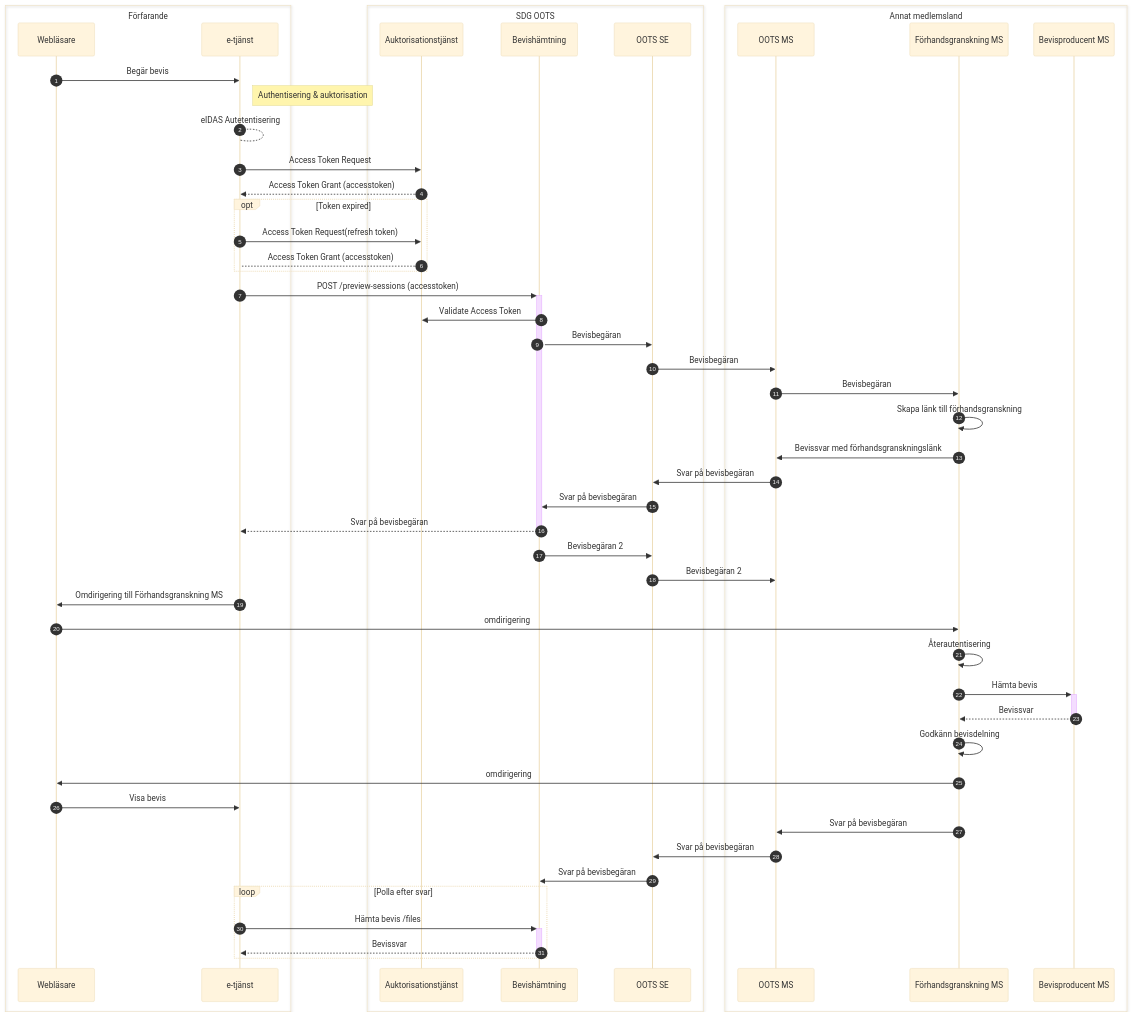
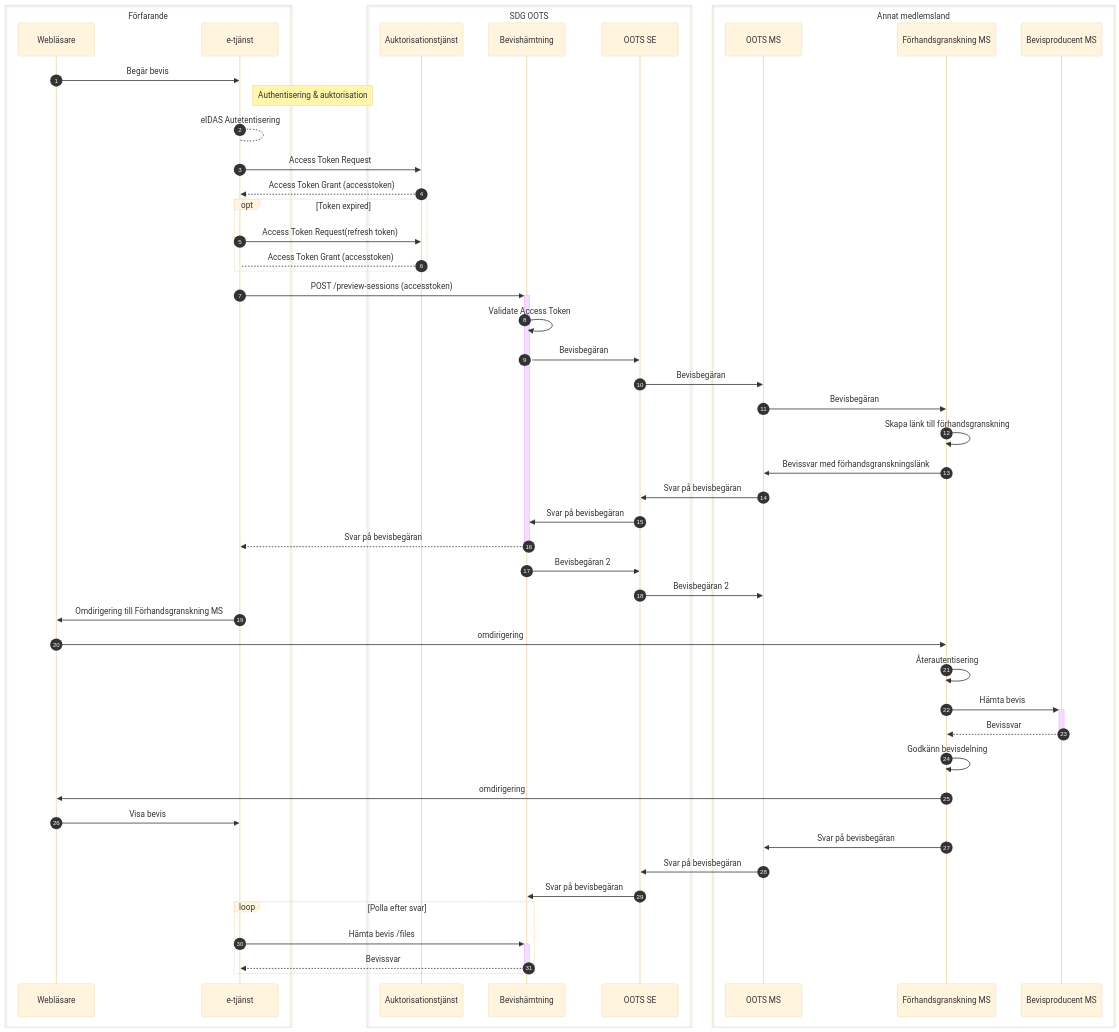
One commit to diggsweden/sdg-intermediation-eu changed the third of 3 diagrams in README.md. Above: the diagram before and after it, drawn with Mermaid (base theme). The commit also changed other lines of this file, not shown here.

Commit message:
Update auth flow

````diff
--- a/README.md
+++ b/README.md
@@ -89,54 +88,54 @@
 ```mermaid
 sequenceDiagram
 autonumber
 box Förfarande
 participant W as Webläsare
 participant OF as e-tjänst
 end
 box SDG OOTS
 participant AT as Auktorisationstjänst
 participant BT as Bevishämtning 
 participant OTSE as OOTS SE
 end
 box Annat medlemsland
 participant OTMS as OOTS MS
 participant MSOF as Förhandsgranskning MS
 participant MSBP as Bevisproducent MS
 end
 W->>OF: Begär bevis
 Note right of OF: Authentisering & auktorisation
 OF-->OF: eIDAS Autetentisering
 OF->>AT: Access Token Request
 AT-->>OF: Access Token Grant (accesstoken)
 Opt Token expired
 OF->>AT: Access Token Request(refresh token)
 AT-->OF: Access Token Grant (accesstoken)
 end
 OF->>+BT: POST /preview-sessions (accesstoken)
-BT->>AT: Validate Access Token
+BT->>BT: Validate Access Token
 BT->>OTSE: Bevisbegäran
 OTSE->>OTMS: Bevisbegäran
 OTMS->>MSOF: Bevisbegäran
 MSOF->>MSOF: Skapa länk till förhandsgranskning
 MSOF->>OTMS: Bevissvar med förhandsgranskningslänk
 OTMS->>OTSE: Svar på bevisbegäran
 OTSE->>BT: Svar på bevisbegäran
 BT-->>-OF: Svar på bevisbegäran
 BT->>OTSE: Bevisbegäran 2
 OTSE->>OTMS: Bevisbegäran 2
 OF->>W: Omdirigering till Förhandsgranskning MS
 W->>MSOF: omdirigering
 MSOF->>MSOF: Återautentisering
 MSOF->>+MSBP: Hämta bevis
 MSBP-->>-MSOF: Bevissvar
 MSOF->>MSOF: Godkänn bevisdelning
 MSOF->>W: omdirigering
 W->>OF: Visa bevis
 MSOF->>OTMS: Svar på bevisbegäran
 OTMS->>OTSE: Svar på bevisbegäran
 OTSE->>BT: Svar på bevisbegäran
 loop Polla efter svar
 OF->>+BT: Hämta bevis /files
 BT-->>-OF: Bevissvar
 end
 ```
````
